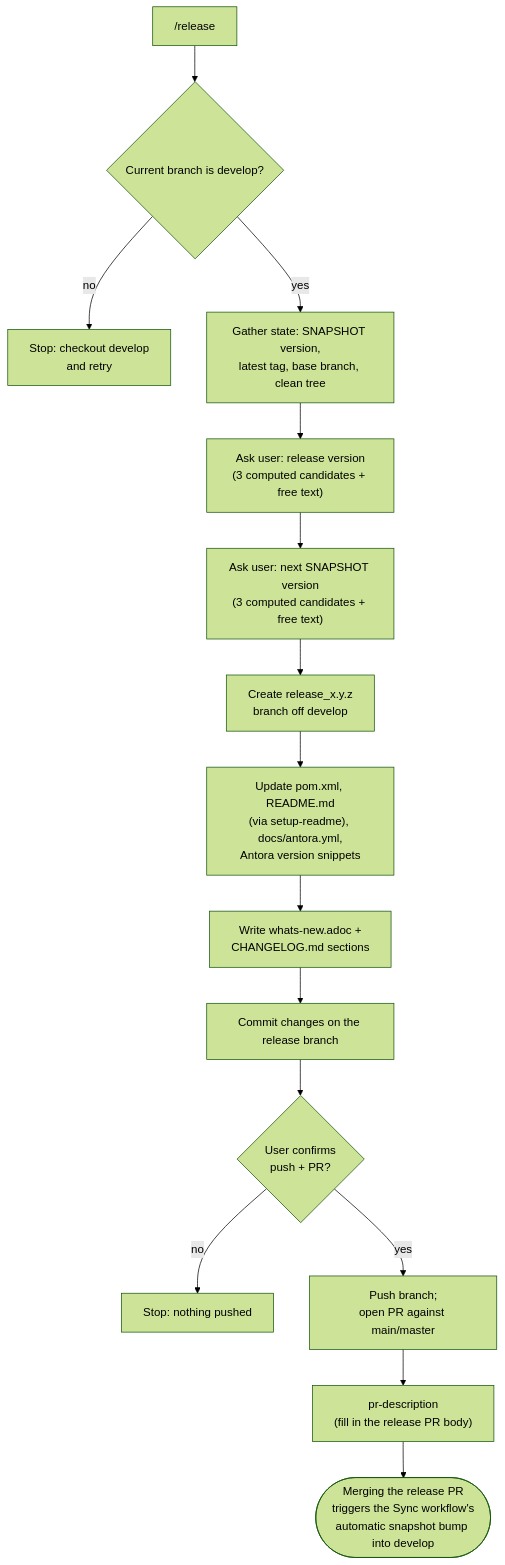
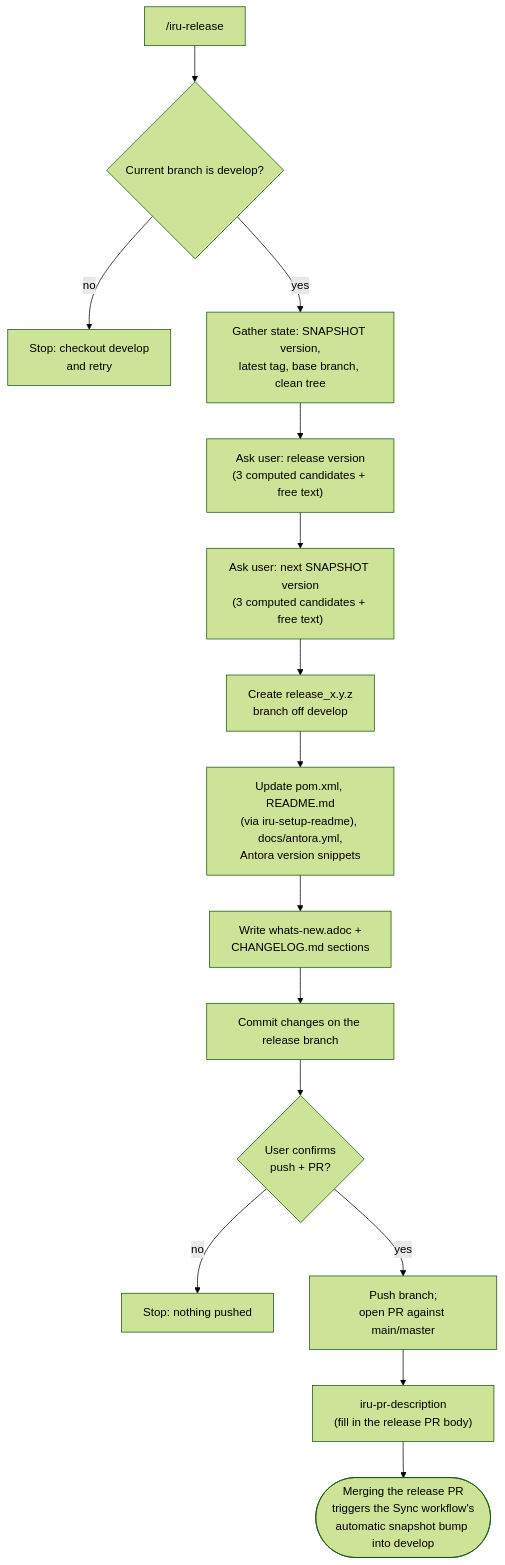
Before and after one commit to albertoirurueta/ai-catalog: the third of 3 diagrams in docs/modules/ROOT/pages/guides/common-workflows.adoc, drawn with Mermaid (forest theme). The commit also changed other lines of this file and 174 other files, not shown here.

```diff
--- a/docs/modules/ROOT/pages/guides/common-workflows.adoc
+++ b/docs/modules/ROOT/pages/guides/common-workflows.adoc
@@ -152,18 +152,18 @@
 [mermaid]
 ....
 flowchart TD
-    A["/release"] --> B{"Current branch is develop?"}
+    A["/iru-release"] --> B{"Current branch is develop?"}
     B -- no --> Z["Stop: checkout develop\nand retry"]
     B -- yes --> C["Gather state: SNAPSHOT version,\nlatest tag, base branch, clean tree"]
     C --> D["Ask user: release version\n(3 computed candidates + free text)"]
     D --> E["Ask user: next SNAPSHOT version\n(3 computed candidates + free text)"]
     E --> F["Create release_x.y.z\nbranch off develop"]
-    F --> G["Update pom.xml, README.md\n(via setup-readme), docs/antora.yml,\nAntora version snippets"]
+    F --> G["Update pom.xml, README.md\n(via iru-setup-readme), docs/antora.yml,\nAntora version snippets"]
     G --> H["Write whats-new.adoc +\nCHANGELOG.md sections"]
     H --> I["Commit changes on the release branch"]
     I --> J{"User confirms\npush + PR?"}
     J -- no --> K["Stop: nothing pushed"]
     J -- yes --> L["Push branch;\nopen PR against main/master"]
-    L --> M["pr-description\n(fill in the release PR body)"]
+    L --> M["iru-pr-description\n(fill in the release PR body)"]
     M --> N(["Merging the release PR\ntriggers the Sync workflow's\nautomatic snapshot bump into develop"])
 ....
```
